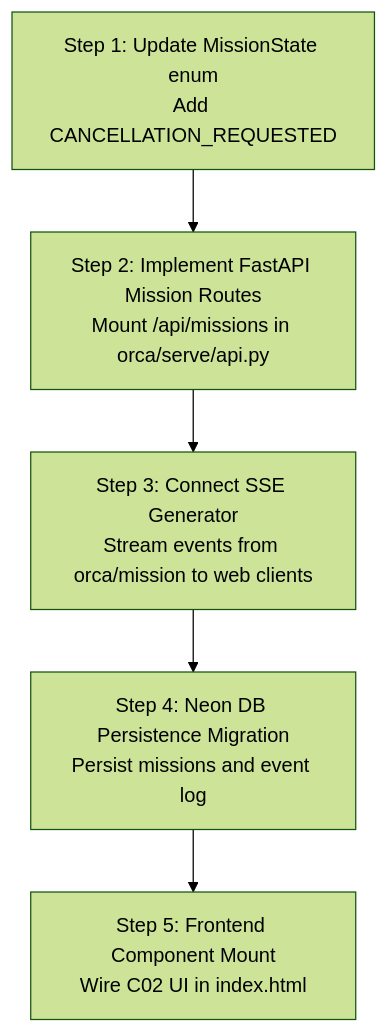
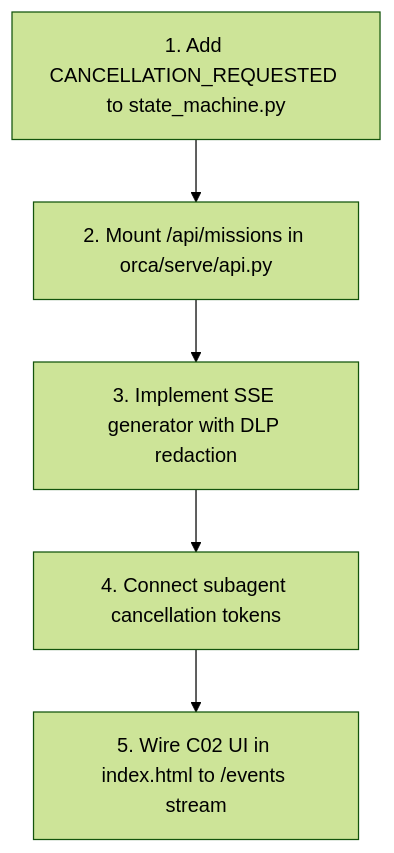
The diagram in docs/orneur/mission/ORNEUR_C02_ENGINEERING_GAPS.md (Guruprasath-Annadurai/Orneur), drawn with Mermaid (forest theme) before and after one commit. The commit also changed other lines of this file and 9 other files, not shown here.

````diff
--- a/docs/orneur/mission/ORNEUR_C02_ENGINEERING_GAPS.md
+++ b/docs/orneur/mission/ORNEUR_C02_ENGINEERING_GAPS.md
@@ -79,7 +58,7 @@
 ```mermaid
 flowchart TD
-    A["Step 1: Update MissionState enum<br/>Add CANCELLATION_REQUESTED"] --> B["Step 2: Implement FastAPI Mission Routes<br/>Mount /api/missions in orca/serve/api.py"]
-    B --> C["Step 3: Connect SSE Generator<br/>Stream events from orca/mission to web clients"]
-    C --> D["Step 4: Neon DB Persistence Migration<br/>Persist missions and event log"]
-    D --> E["Step 5: Frontend Component Mount<br/>Wire C02 UI in index.html"]
+    G1["1. Add CANCELLATION_REQUESTED to state_machine.py"] --> G2["2. Mount /api/missions in orca/serve/api.py"]
+    G2 --> G3["3. Implement SSE generator with DLP redaction"]
+    G3 --> G4["4. Connect subagent cancellation tokens"]
+    G4 --> G5["5. Wire C02 UI in index.html to /events stream"]
 ```
````
